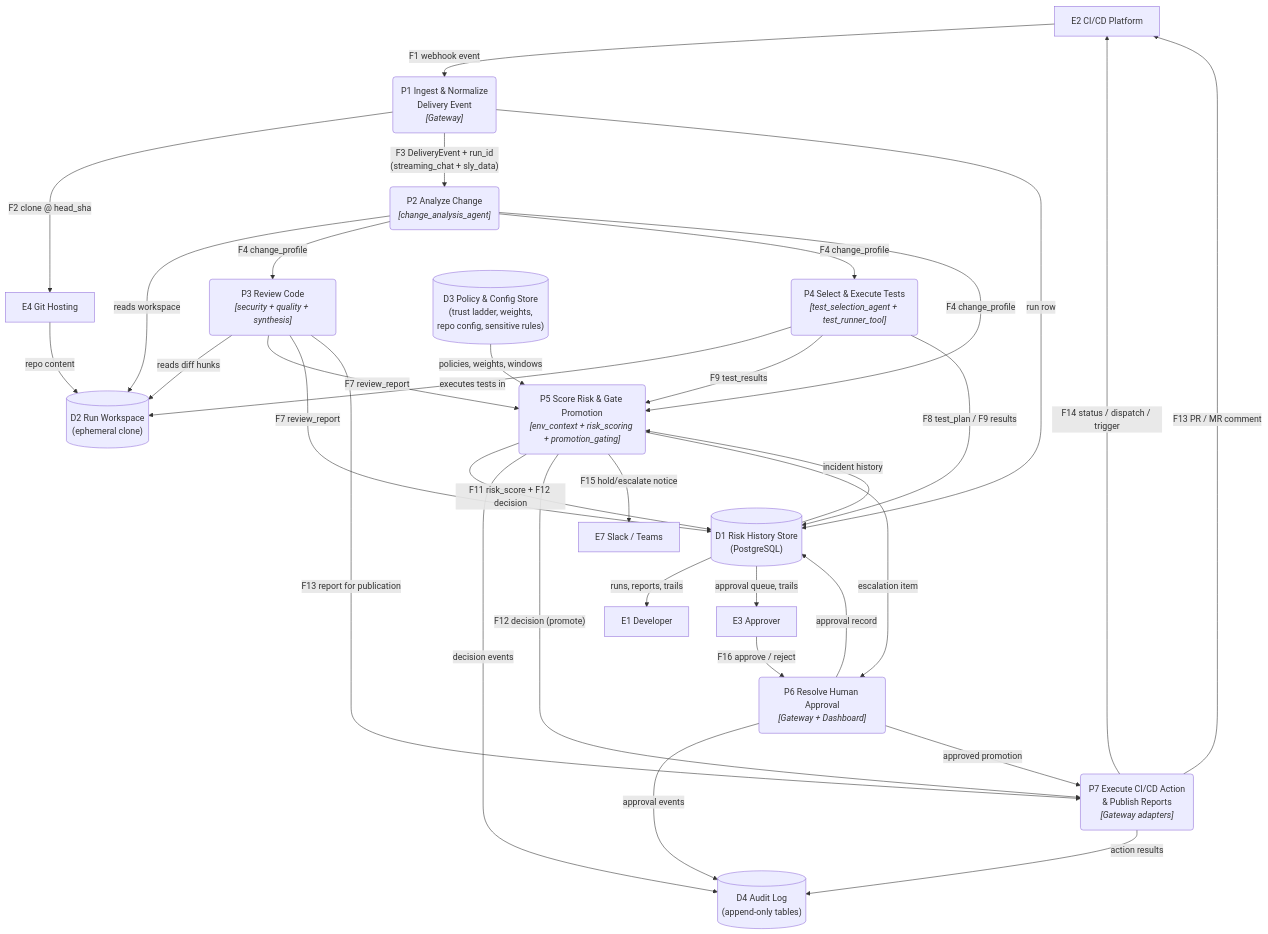
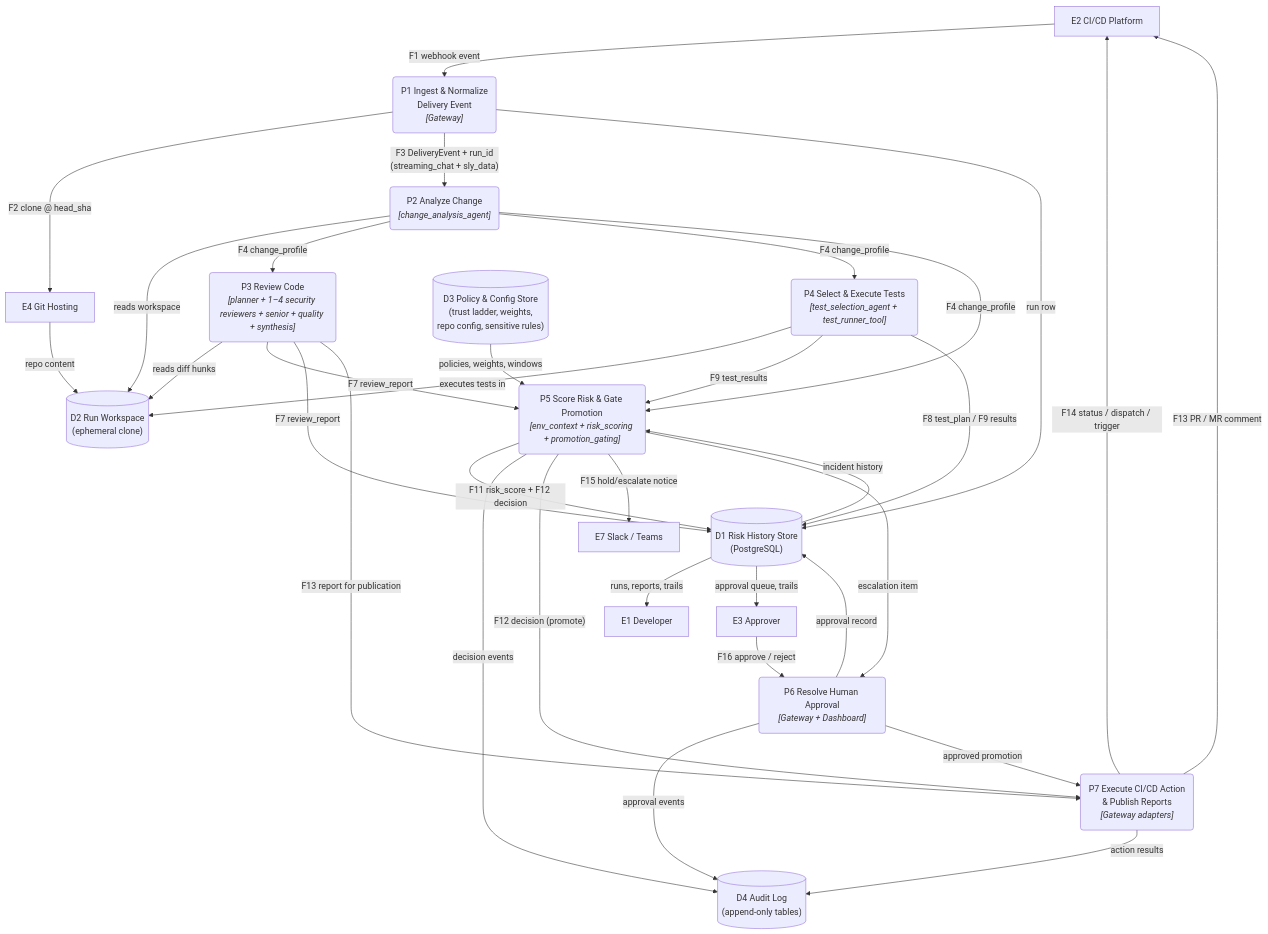
The second of 7 diagrams in docs/solution/02-dfd.md (anandharshit712/Sentinel), drawn with Mermaid before and after one commit. The commit also changed other lines of this file and 27 other files, not shown here.

First line of the commit message:
feat(audit): audit mode + adaptive security-review fan-out (B5 / A8)

````diff
--- a/docs/solution/02-dfd.md
+++ b/docs/solution/02-dfd.md
@@ -73,61 +73,61 @@
 ```mermaid
 flowchart TD
     E2["E2 CI/CD Platform"]
     E4["E4 Git Hosting"]
     E1["E1 Developer"]
     E3["E3 Approver"]
     E7["E7 Slack / Teams"]
 
     P1("P1 Ingest & Normalize<br/>Delivery Event<br/><i>[Gateway]</i>")
     P2("P2 Analyze Change<br/><i>[change_analysis_agent]</i>")
-    P3("P3 Review Code<br/><i>[security + quality + synthesis]</i>")
+    P3("P3 Review Code<br/><i>[planner + 1–4 security reviewers + senior + quality + synthesis]</i>")
     P4("P4 Select & Execute Tests<br/><i>[test_selection_agent + test_runner_tool]</i>")
     P5("P5 Score Risk & Gate Promotion<br/><i>[env_context + risk_scoring + promotion_gating]</i>")
     P6("P6 Resolve Human Approval<br/><i>[Gateway + Dashboard]</i>")
     P7("P7 Execute CI/CD Action<br/>& Publish Reports<br/><i>[Gateway adapters]</i>")
 
     D1[("D1 Risk History Store<br/>(PostgreSQL)")]
     D2[("D2 Run Workspace<br/>(ephemeral clone)")]
     D3[("D3 Policy & Config Store<br/>(trust ladder, weights,<br/>repo config, sensitive rules)")]
     D4[("D4 Audit Log<br/>(append-only tables)")]
 
     E2 -- "F1 webhook event" --> P1
     P1 -- "F2 clone @ head_sha" --> E4
     E4 -- "repo content" --> D2
     P1 -- "F3 DeliveryEvent + run_id<br/>(streaming_chat + sly_data)" --> P2
     P1 -- "run row" --> D1
 
     P2 -- "reads workspace" --> D2
     P2 -- "F4 change_profile" --> P3
     P2 -- "F4 change_profile" --> P4
     P2 -- "F4 change_profile" --> P5
 
     P3 -- "reads diff hunks" --> D2
     P3 -- "F7 review_report" --> P5
     P3 -- "F7 review_report" --> D1
     P3 -- "F13 report for publication" --> P7
 
     P4 -- "executes tests in" --> D2
     P4 -- "F9 test_results" --> P5
     P4 -- "F8 test_plan / F9 results" --> D1
 
     D3 -- "policies, weights, windows" --> P5
     D1 -- "incident history" --> P5
     P5 -- "F11 risk_score + F12 decision" --> D1
     P5 -- "decision events" --> D4
     P5 -- "F12 decision (promote)" --> P7
     P5 -- "F15 hold/escalate notice" --> E7
     P5 -- "escalation item" --> P6
 
     E3 -- "F16 approve / reject" --> P6
     P6 -- "approval record" --> D1
     P6 -- "approval events" --> D4
     P6 -- "approved promotion" --> P7
 
     P7 -- "F14 status / dispatch / trigger" --> E2
     P7 -- "F13 PR / MR comment" --> E2
     P7 -- "action results" --> D4
 
     D1 -- "runs, reports, trails" --> E1
     D1 -- "approval queue, trails" --> E3
 ```
````
